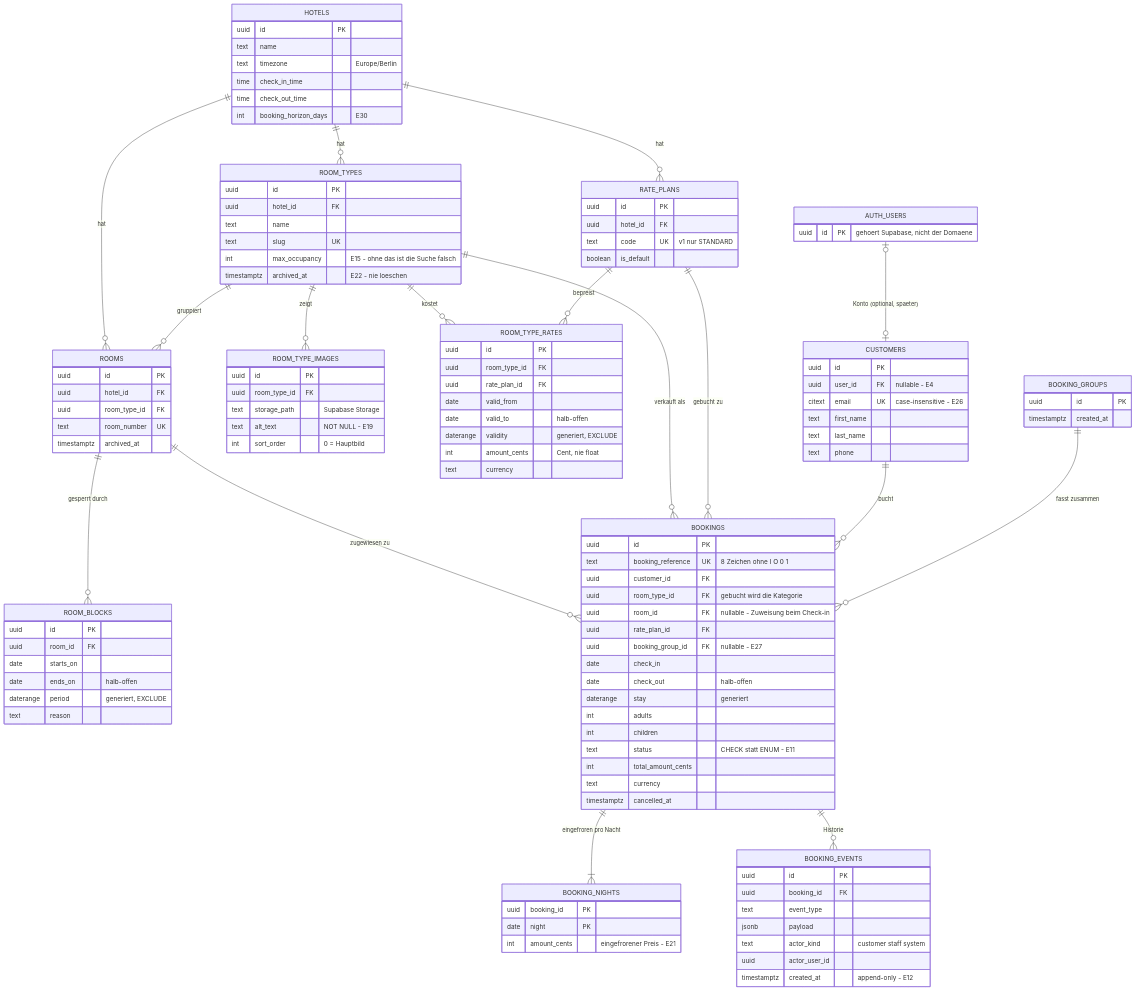
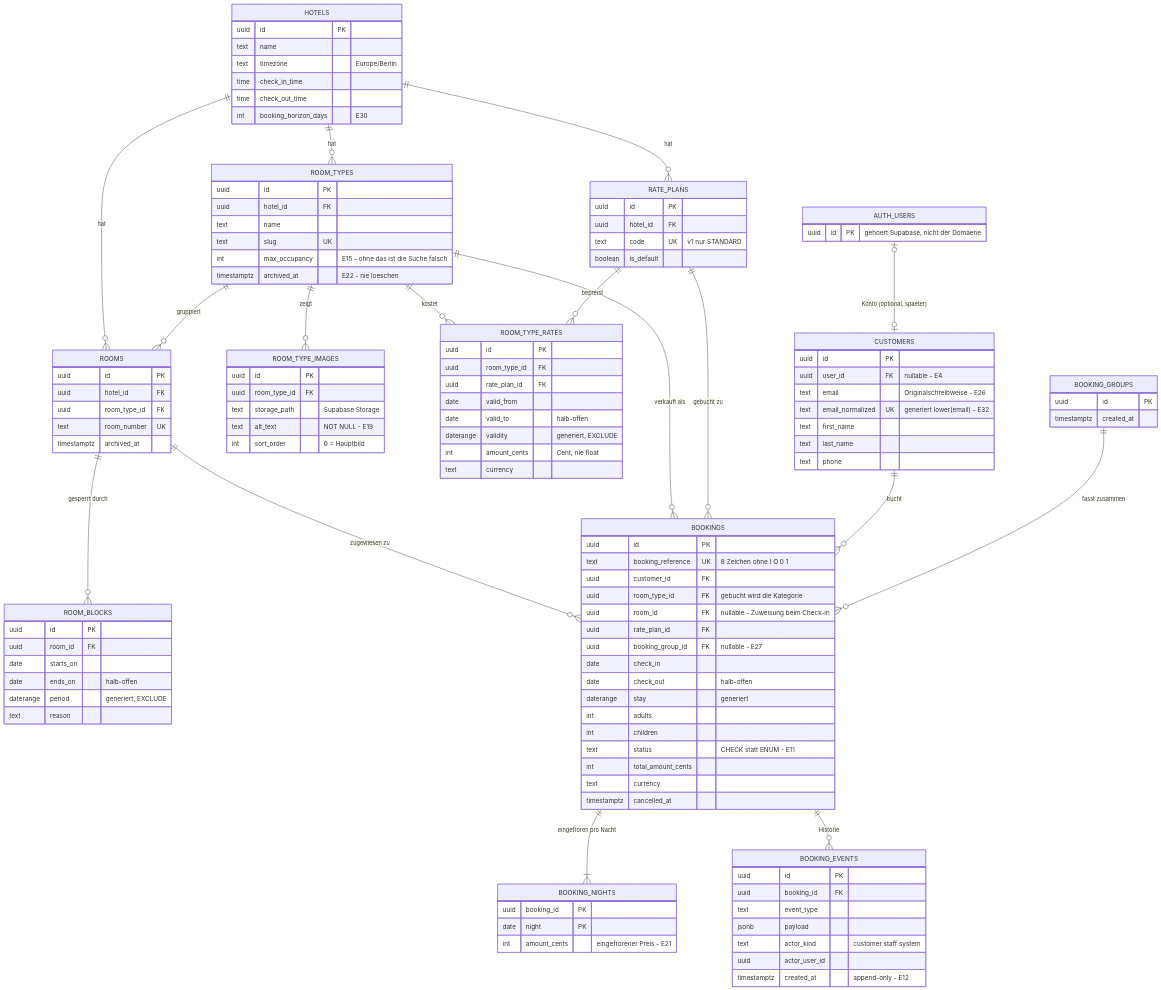
Before and after one commit to Developer-Akademie-Frontendkurs/hotelanwendung: the diagram in docs/datenbank/schema.md, drawn with Mermaid. The commit also changed other lines of this file and 2 other files, not shown here.

```diff
--- a/docs/datenbank/schema.md
+++ b/docs/datenbank/schema.md
@@ -98,7 +98,8 @@
     CUSTOMERS {
         uuid id PK
         uuid user_id FK "nullable - E4"
-        citext email UK "case-insensitive - E26"
+        text email "Originalschreibweise - E26"
+        text email_normalized UK "generiert lower(email) - E32"
         text first_name
         text last_name
         text phone
```
